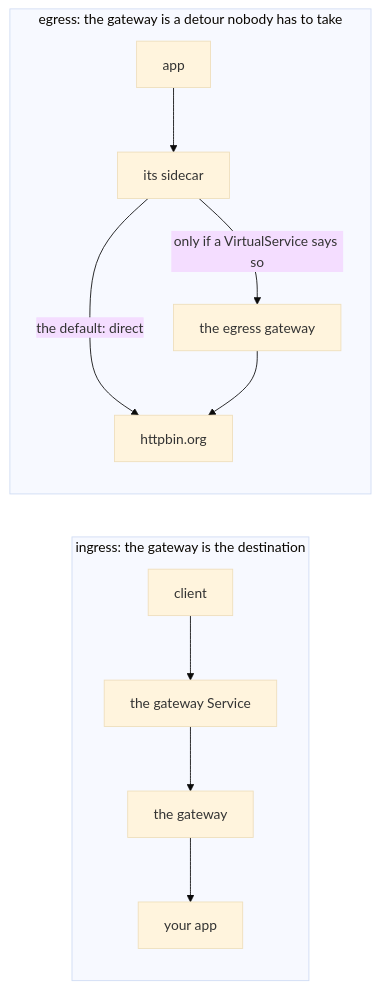
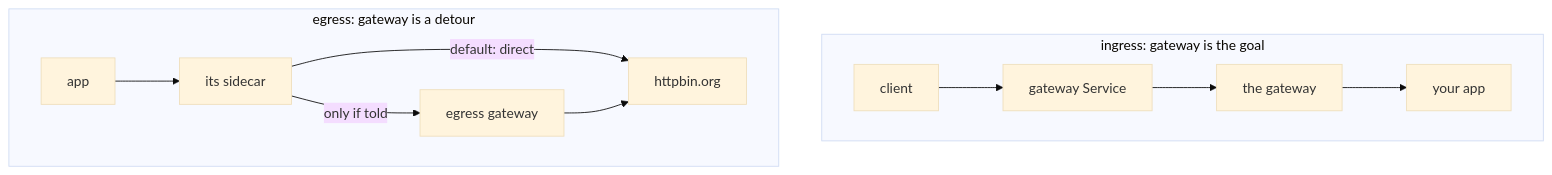
The diagram in sections/section-080/module-01/course-01-a-gateway-that-carries-nothing.md (astrona-io/ATS014), drawn with Mermaid (base theme) before and after one commit. The commit also changed other lines of this file and 444 other files, not shown here.

````diff
--- a/sections/section-080/module-01/course-01-a-gateway-that-carries-nothing.md
+++ b/sections/section-080/module-01/course-01-a-gateway-that-carries-nothing.md
@@ -42,14 +65,14 @@
 ```mermaid
-flowchart LR
-    subgraph I["ingress: the gateway is the destination"]
-      I1["client"] --> I2["the gateway Service"]
+flowchart TB
+    subgraph I["ingress: gateway is the goal"]
+      I1["client"] --> I2["gateway Service"]
       I2 --> I3["the gateway"]
       I3 --> I4["your app"]
     end
-    subgraph E["egress: the gateway is a detour nobody has to take"]
+    subgraph E["egress: gateway is a detour"]
       E1["app"] --> E2["its sidecar"]
-      E2 -->|"the default: direct"| E4["httpbin.org"]
-      E2 -->|"only if a VirtualService says so"| E3["the egress gateway"]
+      E2 -->|"default: direct"| E4["httpbin.org"]
+      E2 -->|"only if told"| E3["egress gateway"]
       E3 --> E4
     end
 ```
````
